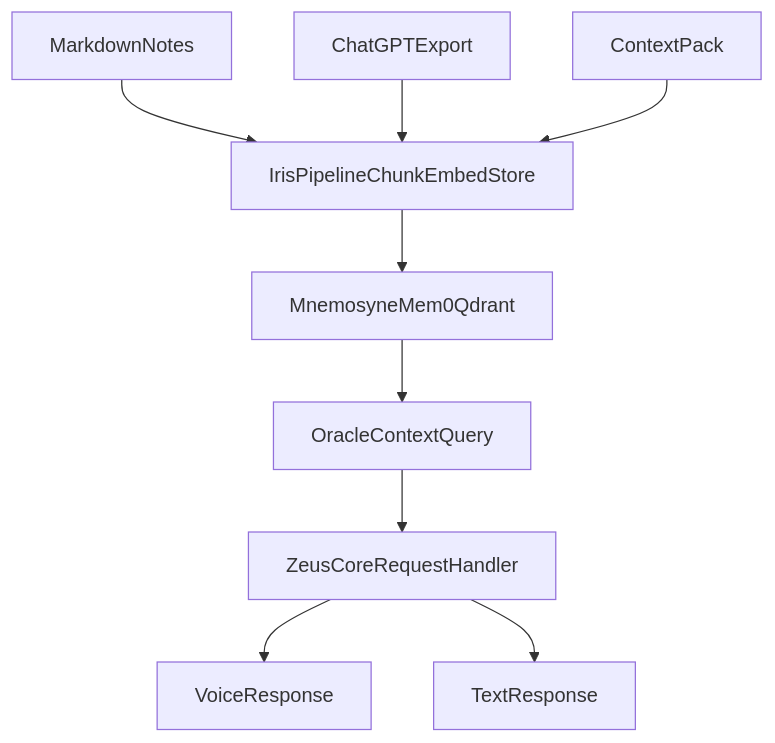
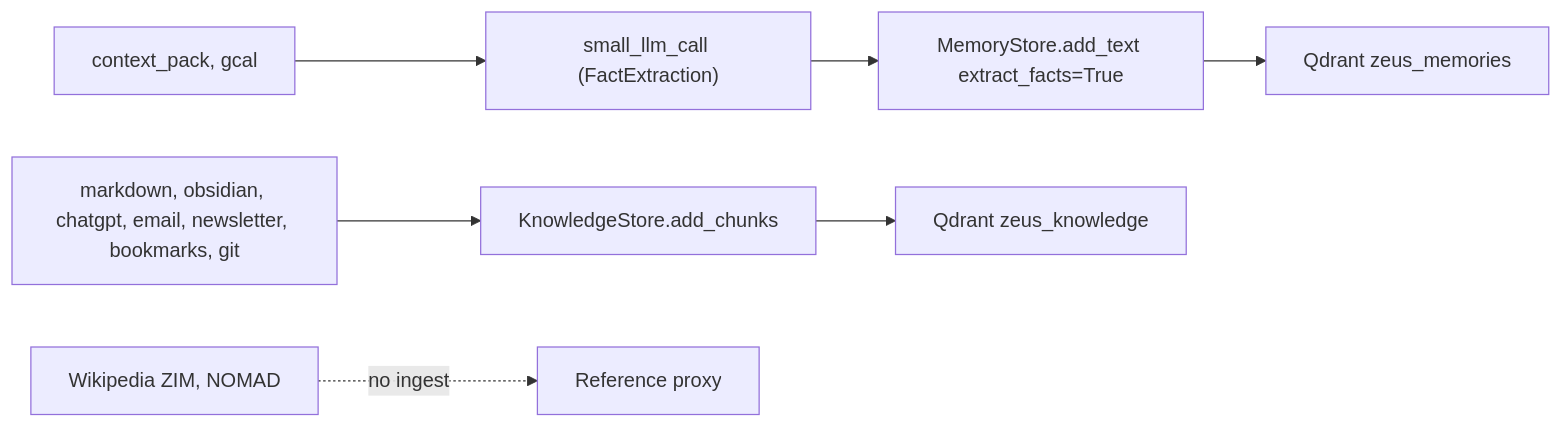
Before and after one commit to Lawrence908/zeus: the second of 3 diagrams in zeus/docs/architecture.md, drawn with Mermaid. The commit also changed other lines of this file and 22 other files, not shown here.

````diff
--- a/zeus/docs/architecture.md
+++ b/zeus/docs/architecture.md
@@ -69,12 +74,11 @@
 ```mermaid
-flowchart TD
-  sourceMd["MarkdownNotes"] --> ingest
-  sourceChatgpt["ChatGPTExport"] --> ingest
-  sourceContext["ContextPack"] --> ingest
+flowchart LR
+  cp["context_pack, gcal"] --> memExtract["small_llm_call (FactExtraction)"]
+  memExtract --> memStore["MemoryStore.add_text extract_facts=True"]
+  memStore --> qdrantMem["Qdrant zeus_memories"]
 
-  ingest["IrisPipelineChunkEmbedStore"] --> memoryStore["MnemosyneMem0Qdrant"]
-  memoryStore --> oracle["OracleContextQuery"]
-  oracle --> core["ZeusCoreRequestHandler"]
-  core --> outputVoice["VoiceResponse"]
-  core --> outputText["TextResponse"]
+  bulk["markdown, obsidian, chatgpt, email, newsletter, bookmarks, git"] --> knowStore["KnowledgeStore.add_chunks"]
+  knowStore --> qdrantKnow["Qdrant zeus_knowledge"]
+
+  ref["Wikipedia ZIM, NOMAD"] -.->|no ingest| refClient["Reference proxy"]
 ```
````
